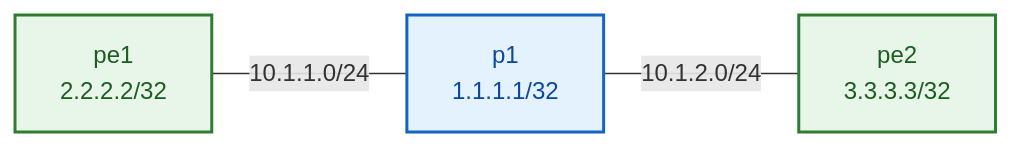
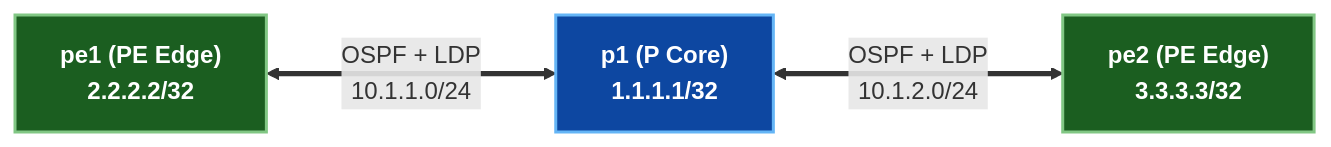
The diagram in docs/courses/03-mpls-l3vpn/lab-01-mpls-ldp.md (etherhtun/netforge-labs), drawn with Mermaid before and after one commit. The commit also changed 4 other files, not shown here.

Commit message:
style(mpls-l3vpn): update Phase 3 diagrams with high-contrast, bold colors for maximum legibility

````diff
--- a/docs/courses/03-mpls-l3vpn/lab-01-mpls-ldp.md
+++ b/docs/courses/03-mpls-l3vpn/lab-01-mpls-ldp.md
@@ -32,8 +32,9 @@
 ```mermaid
 graph LR
-    PE1["pe1<br/>2.2.2.2/32"] ---|10.1.1.0/24| P1["p1<br/>1.1.1.1/32"]
-    P1 ---|10.1.2.0/24| PE2["pe2<br/>3.3.3.3/32"]
-    classDef edge fill:#e8f5e9,stroke:#2e7d32,color:#1b5e20,stroke-width:2px;
-    classDef core fill:#e3f2fd,stroke:#1565c0,color:#0d47a1,stroke-width:2px;
+    PE1["pe1 (PE Edge)<br/>2.2.2.2/32"] <===>|OSPF + LDP<br/>10.1.1.0/24| P1["p1 (P Core)<br/>1.1.1.1/32"]
+    P1 <===>|OSPF + LDP<br/>10.1.2.0/24| PE2["pe2 (PE Edge)<br/>3.3.3.3/32"]
+    
+    classDef edge fill:#1b5e20,stroke:#81c784,color:#ffffff,stroke-width:2px,font-weight:bold;
+    classDef core fill:#0d47a1,stroke:#64b5f6,color:#ffffff,stroke-width:2px,font-weight:bold;
     class PE1,PE2 edge; class P1 core;
 ```
````
